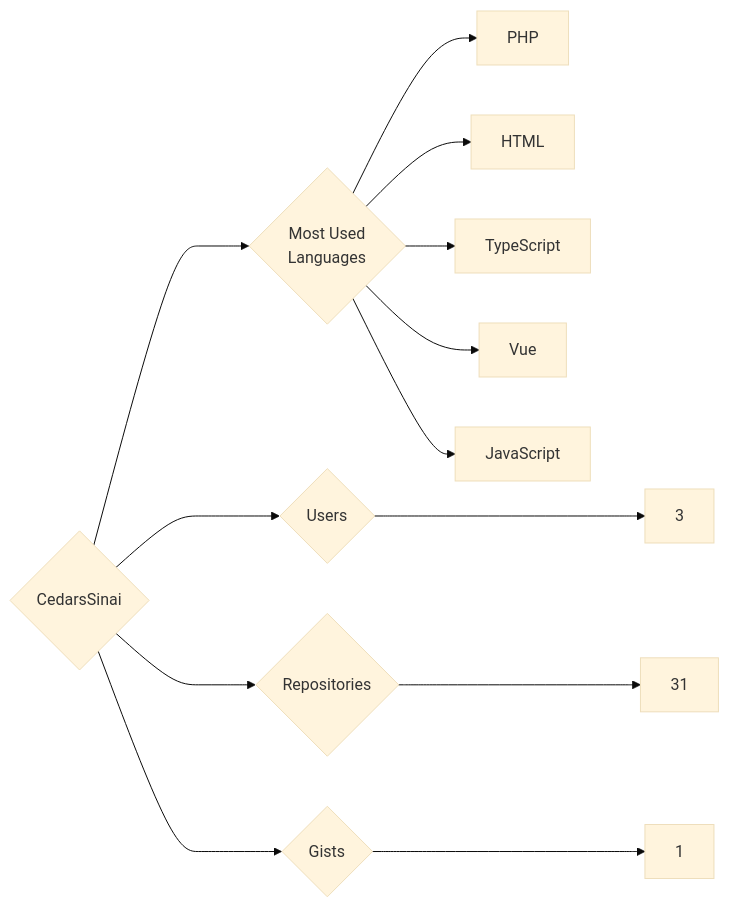
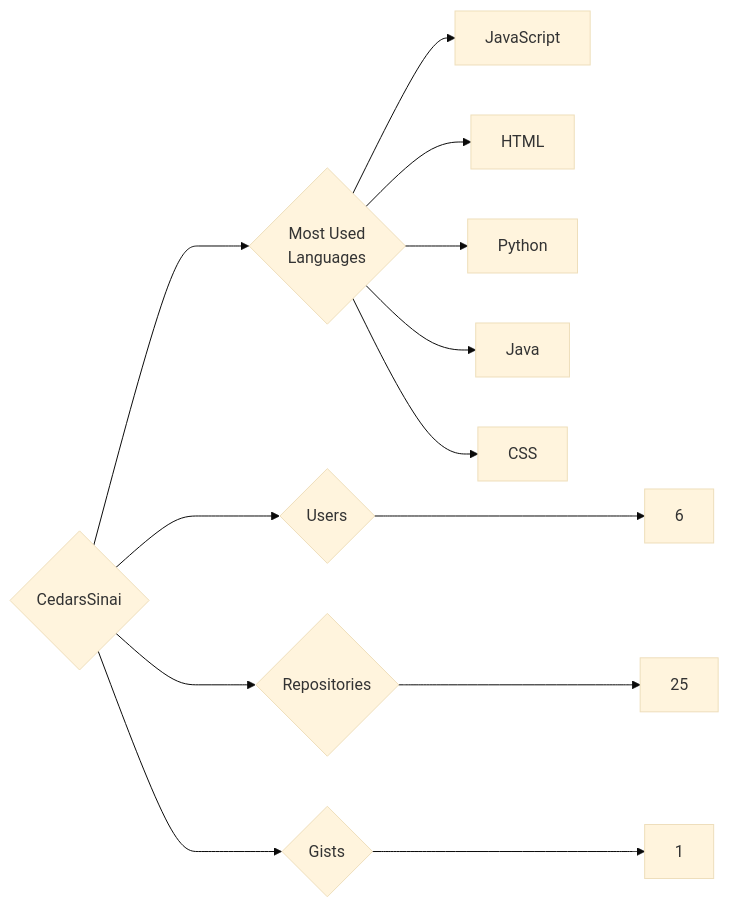
One commit to trickest/insiders changed the diagram in targets/CedarsSinai/README.md. Above: the diagram before and after it, drawn with Mermaid (base theme). The commit also changed 1148 other files, not shown here.

````diff
--- a/targets/CedarsSinai/README.md
+++ b/targets/CedarsSinai/README.md
@@ -3,13 +3,13 @@
 ```mermaid
 graph LR
 COMPANY_NAME{CedarsSinai}
-COMPANY_NAME ---> U{Users} ---> UN[3]
-COMPANY_NAME ---> R{Repositories} ---> RN[31]
+COMPANY_NAME ---> U{Users} ---> UN[6]
+COMPANY_NAME ---> R{Repositories} ---> RN[25]
 COMPANY_NAME ---> G{Gists} ---> GN[1]
 COMPANY_NAME ---> ML{Most Used<br>Languages}
-ML --> PHP[PHP]
+ML --> JavaScript[JavaScript]
 ML --> HTML[HTML]
-ML --> TypeScript[TypeScript]
-ML --> Vue[Vue]
-ML --> JavaScript[JavaScript]
+ML --> Python[Python]
+ML --> Java[Java]
+ML --> CSS[CSS]
 ```
````
